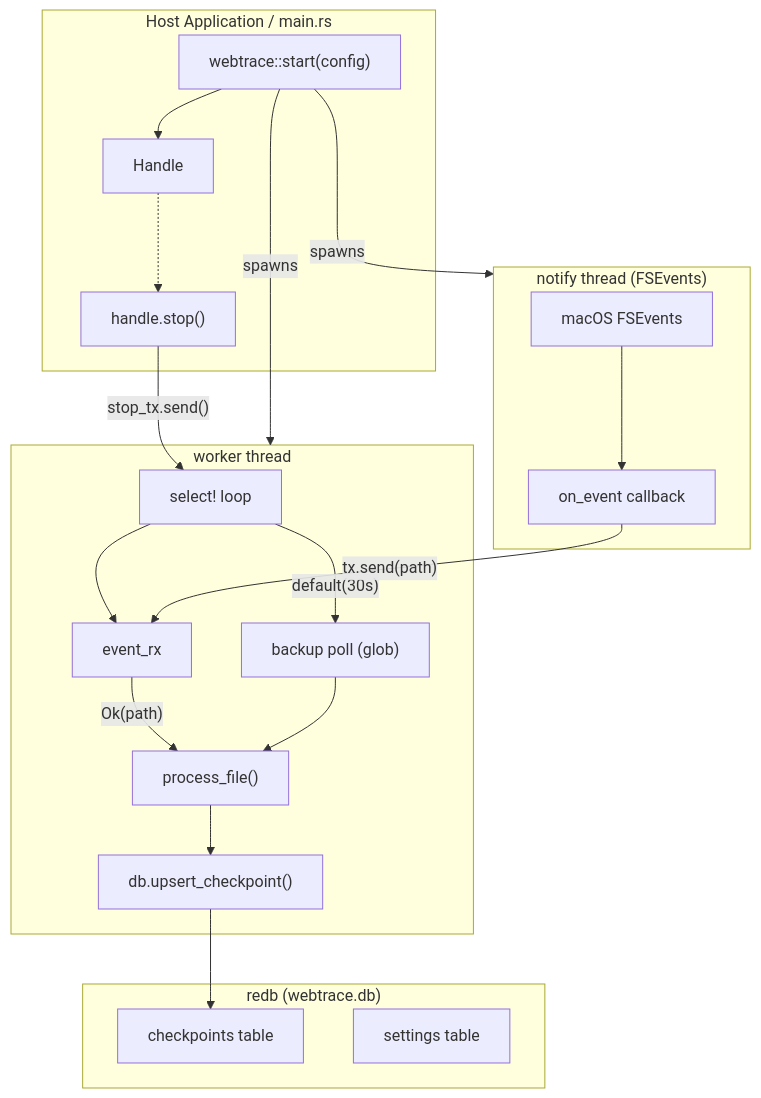
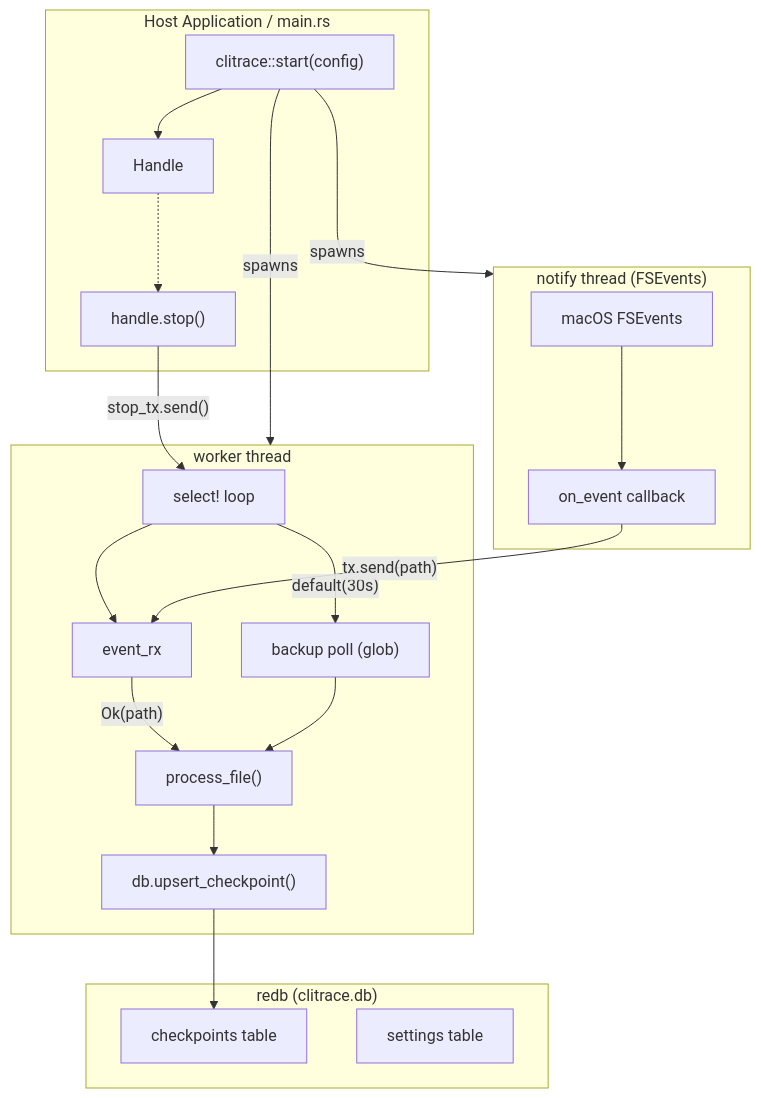
The first of 4 diagrams in README.md (korjwl1/toki), drawn with Mermaid before and after one commit. The commit also changed other lines of this file and 7 other files, not shown here.

First line of the commit message:
Rename webtrace → clitrace across entire project

````diff
--- a/README.md
+++ b/README.md
@@ -80,43 +80,43 @@
 ```mermaid
 flowchart TB
     subgraph Host["Host Application / main.rs"]
-        start["webtrace::start(config)"]
+        start["clitrace::start(config)"]
         handle["Handle"]
         stop["handle.stop()"]
         start --> handle
         handle -.-> stop
     end
 
     start -->|spawns| NT
     start -->|spawns| WT
 
     subgraph NT["notify thread (FSEvents)"]
         fsevents["macOS FSEvents"]
         callback["on_event callback"]
         fsevents --> callback
     end
 
     subgraph WT["worker thread"]
         loop["select! loop"]
         recv["event_rx"]
         process["process_file()"]
         poll["backup poll (glob)"]
         db_write["db.upsert_checkpoint()"]
         loop --> recv
         recv -->|"Ok(path)"| process
         process --> db_write
         loop -->|"default(30s)"| poll
     end
 
     callback -->|"tx.send(path)"| recv
 
-    subgraph DB["redb (webtrace.db)"]
+    subgraph DB["redb (clitrace.db)"]
         checkpoints["checkpoints table"]
         settings["settings table"]
     end
 
     db_write --> checkpoints
     poll --> process
 
     stop -->|"stop_tx.send()"| loop
 ```
````
